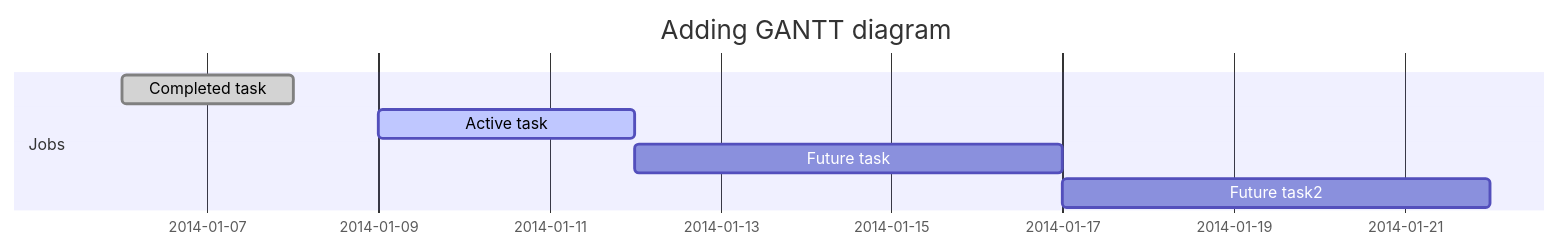
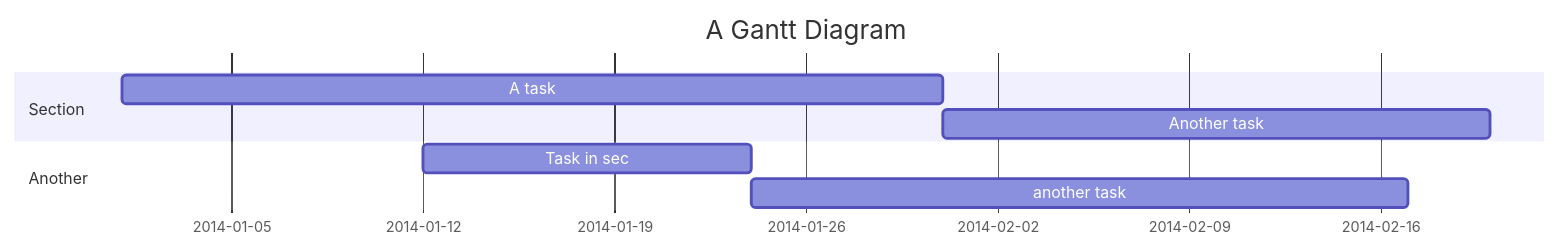
One commit to WeeBeasties/WeeBeasties.github.io changed the diagram in _posts/2018-04-06-Practice-Post.md. Above: the diagram before and after it, drawn with Mermaid.

Commit message:
new gantt code

```diff
--- a/_posts/2018-04-06-Practice-Post.md
+++ b/_posts/2018-04-06-Practice-Post.md
@@ -26,12 +26,13 @@
 <div class="mermaid">  
+
 gantt
-dateFormat  YYYY-MM-DD
-title Adding GANTT diagram
-
-section Jobs
-Completed task	:done,	des1, 2014-01-06,2014-01-08
-Active task	:active,	des2, 2014-01-09, 3d
-Future task	:	des3, after des2, 5d
-Future task2	:	des4, after des3, 5d  
+    title A Gantt Diagram
+    dateFormat  YYYY-MM-DD
+    section Section
+    A task           :a1, 2014-01-01, 30d
+    Another task     :after a1  , 20d
+    section Another
+    Task in sec      :2014-01-12  , 12d
+    another task      : 24d
 
 </div>
```
